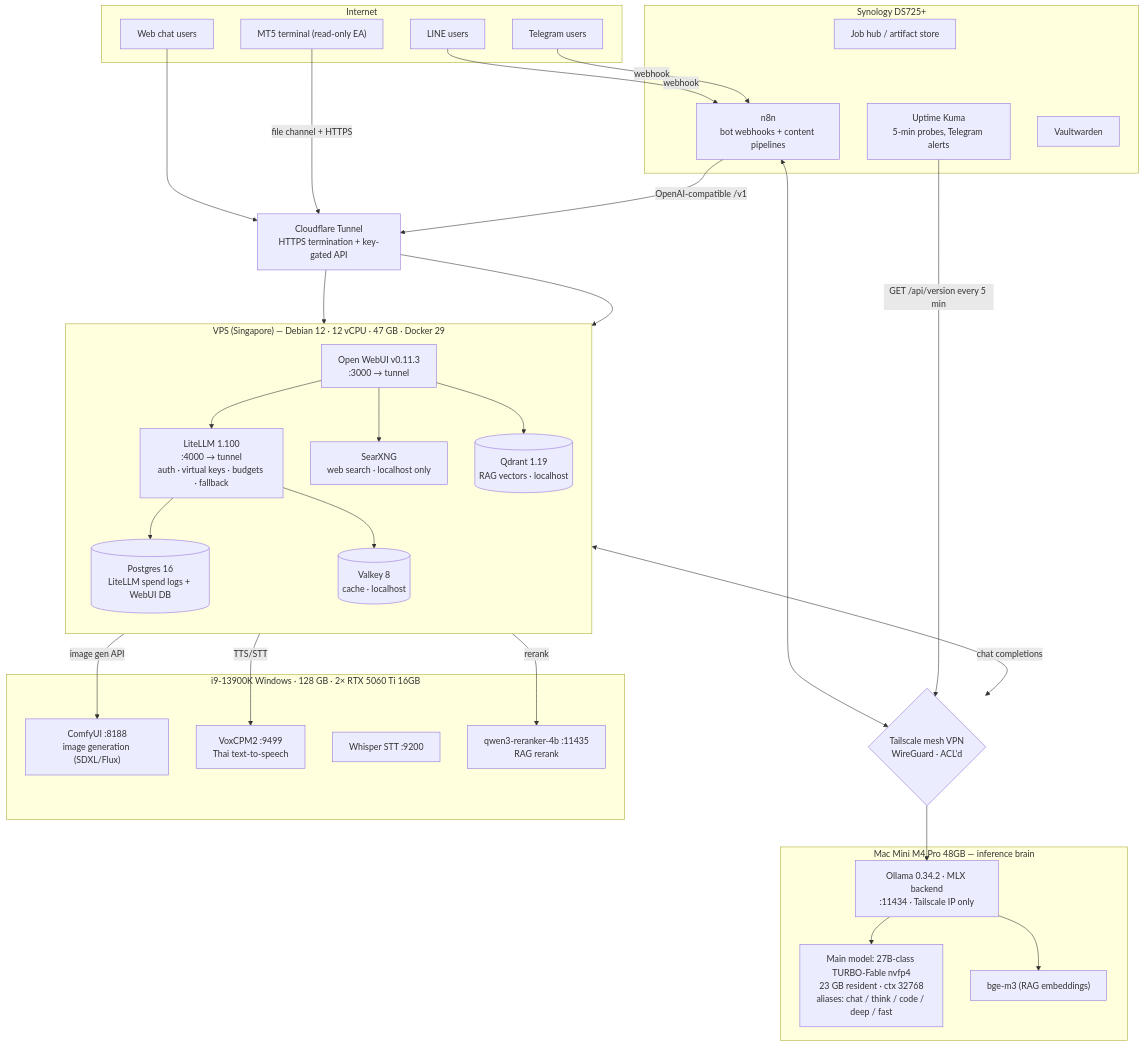
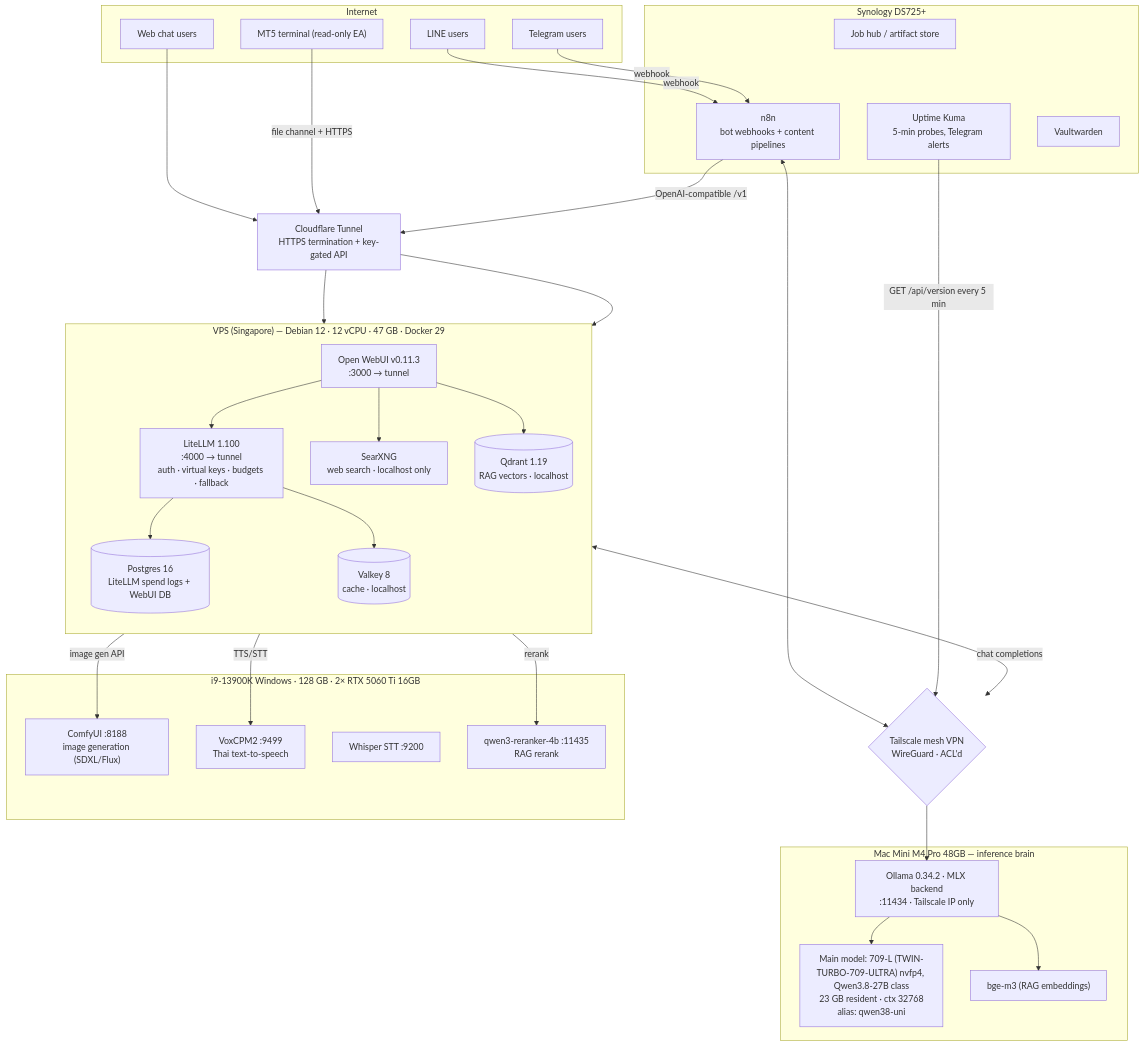
One commit to siamcafe/bomllm changed the diagram in docs/architecture.md. Above: the diagram before and after it, drawn with Mermaid. The commit also changed 1 other file, not shown here.

Commit message:
docs: README 21->~23GB resident; architecture relabel 709-L TWIN-TURBO + single qwen38-uni alias; ***REMOVED*** top_p 0.95 + num_predict 1024 + num_retries 2 align + ~27GB basis (K3 FIX-8/9/10)

````diff
--- a/docs/architecture.md
+++ b/docs/architecture.md
@@ -10,66 +10,66 @@
 ```mermaid
 flowchart TB
     subgraph EXT["Internet"]
         U_LINE["LINE users"]
         U_TG["Telegram users"]
         U_WEB["Web chat users"]
         U_MT5["MT5 terminal (read-only EA)"]
     end
 
     CF["Cloudflare Tunnel<br/>HTTPS termination + key-gated API"]
 
     subgraph VPS["VPS (Singapore) — Debian 12 · 12 vCPU · 47 GB · Docker 29"]
         direction TB
         OW["Open WebUI v0.11.3<br/>:3000 → tunnel"]
         LL["LiteLLM 1.100<br/>:4000 → tunnel<br/>auth · virtual keys · budgets · fallback"]
         PG[("Postgres 16<br/>LiteLLM spend logs + WebUI DB")]
         QD[("Qdrant 1.19<br/>RAG vectors · localhost")]
         VY[("Valkey 8<br/>cache · localhost")]
         SX["SearXNG<br/>web search · localhost only"]
         OW --> LL
         LL --> PG
         LL --> VY
         OW --> SX
         OW --> QD
     end
 
     TS{"Tailscale mesh VPN<br/>WireGuard · ACL'd"}
 
     subgraph MAC["Mac Mini M4 Pro 48GB — inference brain"]
         OL["Ollama 0.34.2 · MLX backend<br/>:11434 · Tailscale IP only"]
-        MAIN["Main model: 27B-class TURBO-Fable nvfp4<br/>23 GB resident · ctx 32768<br/>aliases: chat / think / code / deep / fast"]
+        MAIN["Main model: 709-L (TWIN-TURBO-709-ULTRA) nvfp4, Qwen3.8-27B class<br/>23 GB resident · ctx 32768<br/>alias: qwen38-uni"]
         EMB["bge-m3 (RAG embeddings)"]
         OL --> MAIN
         OL --> EMB
     end
 
     subgraph I9["i9-13900K Windows · 128 GB · 2× RTX 5060 Ti 16GB"]
         CU["ComfyUI :8188<br/>image generation (SDXL/Flux)"]
         TTS["VoxCPM2 :9499<br/>Thai text-to-speech"]
         STT["Whisper STT :9200"]
         RR["qwen3-reranker-4b :11435<br/>RAG rerank"]
     end
 
     subgraph NAS["Synology DS725+"]
         N8N["n8n<br/>bot webhooks + content pipelines"]
         KUMA["Uptime Kuma<br/>5-min probes, Telegram alerts"]
         HUB["Job hub / artifact store"]
         VW["Vaultwarden"]
     end
 
     U_LINE -->|"webhook"| N8N
     U_TG -->|"webhook"| N8N
     U_WEB --> CF
     U_MT5 -->|"file channel + HTTPS"| CF
     N8N -->|"OpenAI-compatible /v1"| CF
     CF --> OW
     CF --> LL
     LL <-->|"chat completions"| TS
     N8N <--> TS
     KUMA -->|"GET /api/version every 5 min"| TS
     TS --> OL
     OW -->|"image gen API"| CU
     OW -->|"TTS/STT"| TTS
     OW -->|"rerank"| RR
     HUB --- NAS
 ```
````
